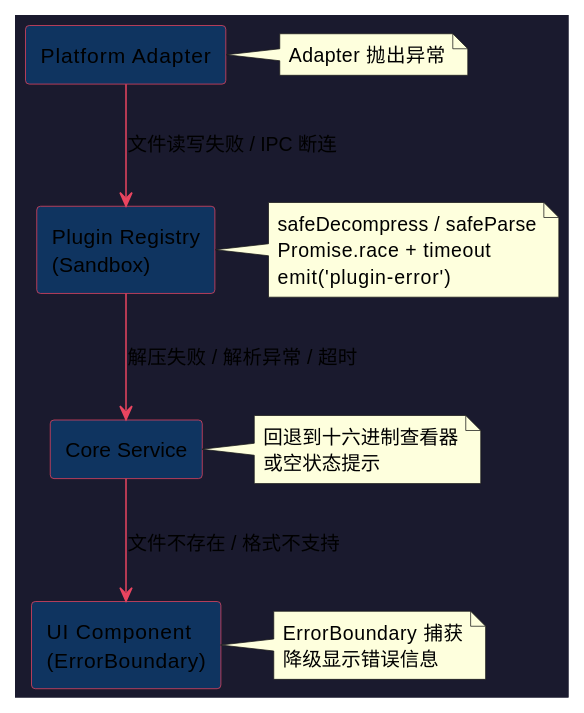
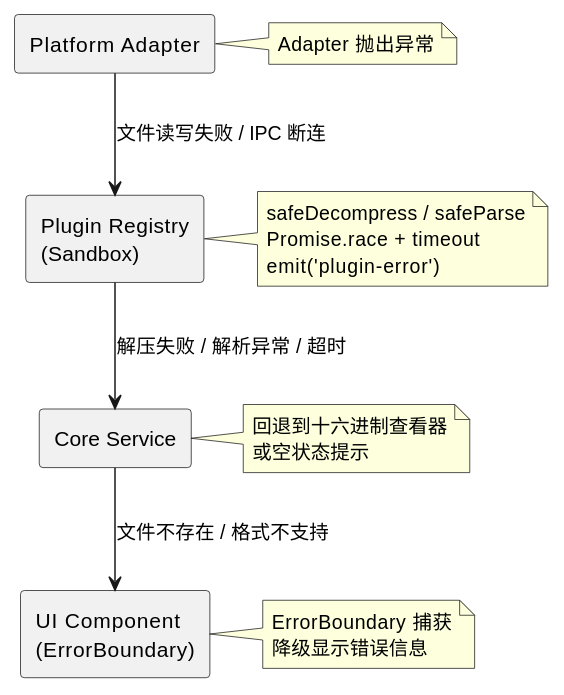
One commit to taoweidong/Hello-Tauri changed diagram 15 of 20 in docs/superpowers/specs/2026-06-26-system-architecture-design.md. Above: the diagram before and after it, drawn with PlantUML. The commit also changed other lines of this file and 1 other file, not shown here.

Commit message:
docs: add README, remove PlantUML dark theme styles

````diff
--- a/docs/superpowers/specs/2026-06-26-system-architecture-design.md
+++ b/docs/superpowers/specs/2026-06-26-system-architecture-design.md
@@ -890,35 +810,30 @@
 ```plantuml
 @startuml
-skinparam backgroundColor #1a1a2e
-skinparam defaultTextColor #e0e0e0
-skinparam rectangleBackgroundColor #0f3460
-skinparam rectangleBorderColor #e94560
-skinparam arrowColor #e94560
 
 rectangle "Platform Adapter" as PA
 rectangle "Plugin Registry\n(Sandbox)" as PR
 rectangle "Core Service" as CS
 rectangle "UI Component\n(ErrorBoundary)" as UI
 
 PA --> PR : 文件读写失败 / IPC 断连
 note right of PA: Adapter 抛出异常
 
 PR --> CS : 解压失败 / 解析异常 / 超时
 note right of PR
   safeDecompress / safeParse
   Promise.race + timeout
   emit('plugin-error')
 end note
 
 CS --> UI : 文件不存在 / 格式不支持
 note right of CS
   回退到十六进制查看器
   或空状态提示
 end note
 
 note right of UI
   ErrorBoundary 捕获
   降级显示错误信息
 end note
 @enduml
 ```
````
